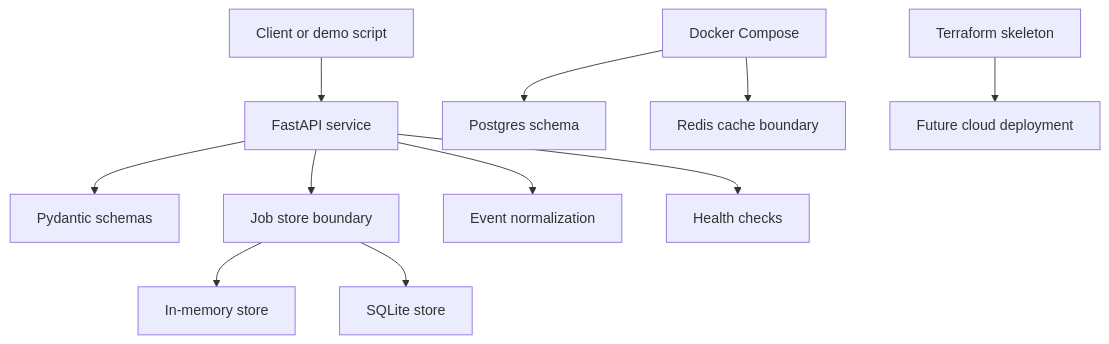
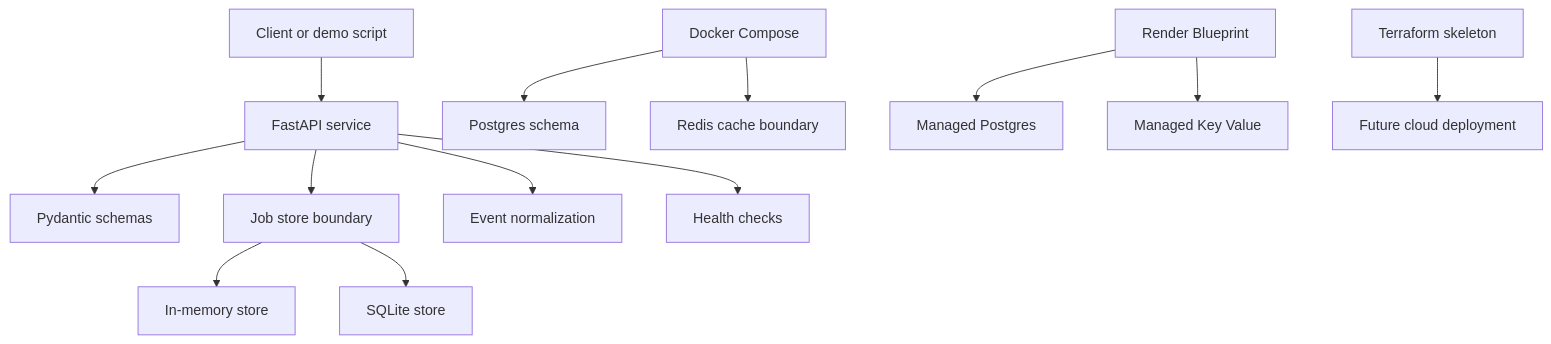
The second of 2 diagrams in README.md (nguyenthevietquang07/cloud-infra-lab), drawn with Mermaid before and after one commit. The commit also changed other lines of this file and 9 other files, not shown here.

````diff
--- a/README.md
+++ b/README.md
@@ -56,13 +57,15 @@
 ```mermaid
 flowchart TB
     Client["Client or demo script"] --> API["FastAPI service"]
     API --> Schemas["Pydantic schemas"]
     API --> Jobs["Job store boundary"]
     Jobs --> Memory["In-memory store"]
     Jobs --> SQLite["SQLite store"]
     API --> Events["Event normalization"]
     API --> Health["Health checks"]
     Compose["Docker Compose"] --> Postgres["Postgres schema"]
     Compose --> Redis["Redis cache boundary"]
+    Render["Render Blueprint"] --> RenderPostgres["Managed Postgres"]
+    Render --> RenderRedis["Managed Key Value"]
     Terraform["Terraform skeleton"] --> Cloud["Future cloud deployment"]
 ```
````
